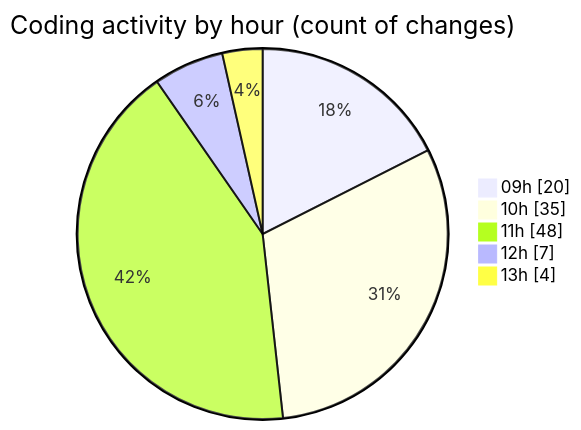
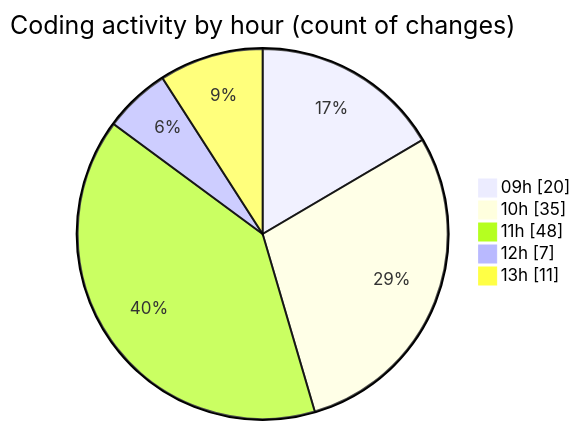
One commit to CELIANVF/code-tracking changed the second of 2 diagrams in 2025-06-10/ecodeli-1/README.md. Above: the diagram before and after it, drawn with Mermaid. The commit also changed other lines of this file and 1 other file, not shown here.

````diff
--- a/2025-06-10/ecodeli-1/README.md
+++ b/2025-06-10/ecodeli-1/README.md
@@ -74,9 +77,9 @@
 ```mermaid
 pie showData
 title Coding activity by hour (count of changes)
 "09h" : 20
 "10h" : 35
 "11h" : 48
 "12h" : 7
-"13h" : 4
+"13h" : 11
 ```
````
